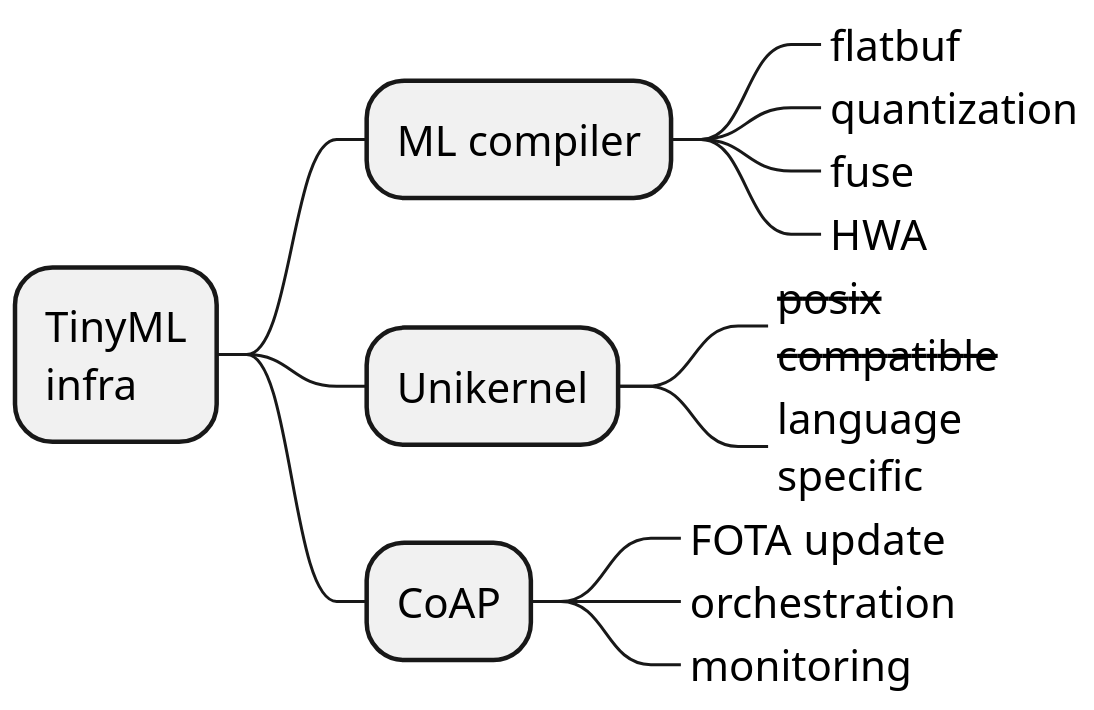
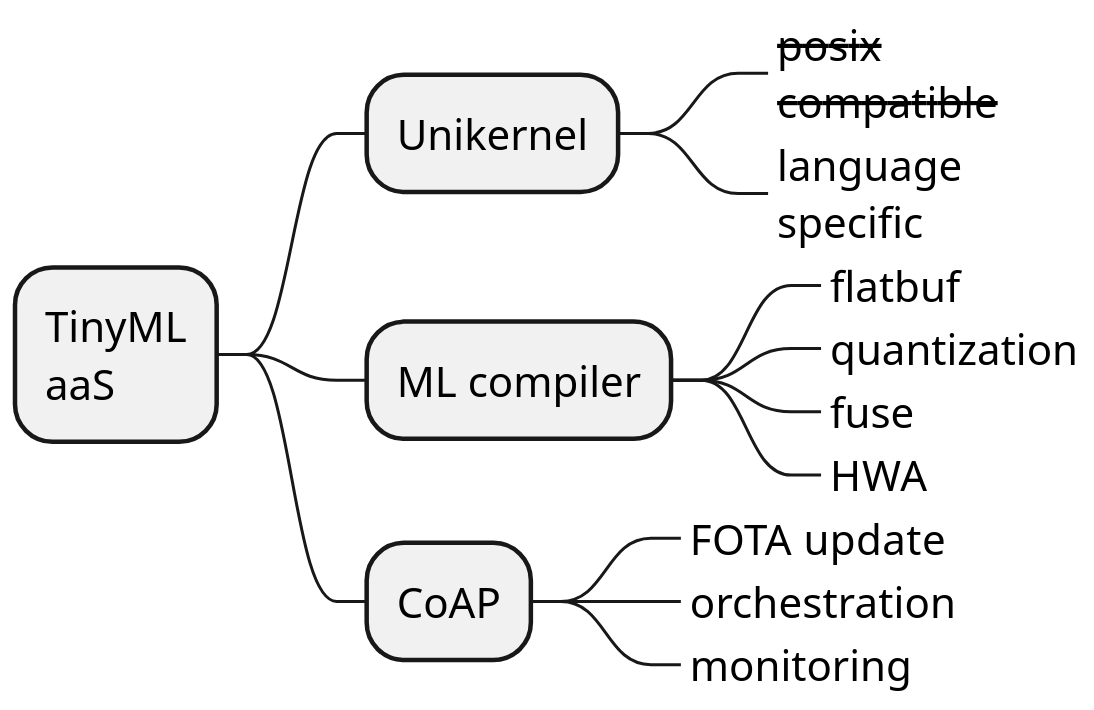
One commit to doyu/elc2019 changed the diagram in tinyml-infra.puml. Above: the diagram before and after it, drawn with PlantUML. The commit also changed 5 other files, not shown here.

```diff
--- a/tinyml-infra.puml
+++ b/tinyml-infra.puml
@@ -1,16 +1,16 @@
 @startmindmap
 scale 2.0
-* TinyML\ninfra
+* TinyML\naaS
+** Unikernel
+***_ <s>posix</s>\n<s>compatible</s>
+***_ language\nspecific
 ** ML compiler
 ***_ flatbuf
 ***_ quantization
 ***_ fuse
 ***_ HWA
-** Unikernel
-***_ <s>posix</s>\n<s>compatible</s>
-***_ language\nspecific
 ** CoAP
 ***_ FOTA update
 ***_ orchestration
 ***_ monitoring
 @endmindmap
```
